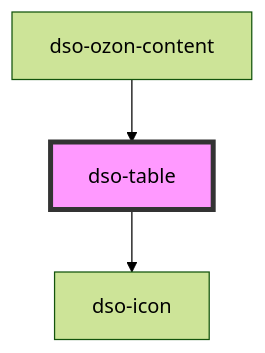
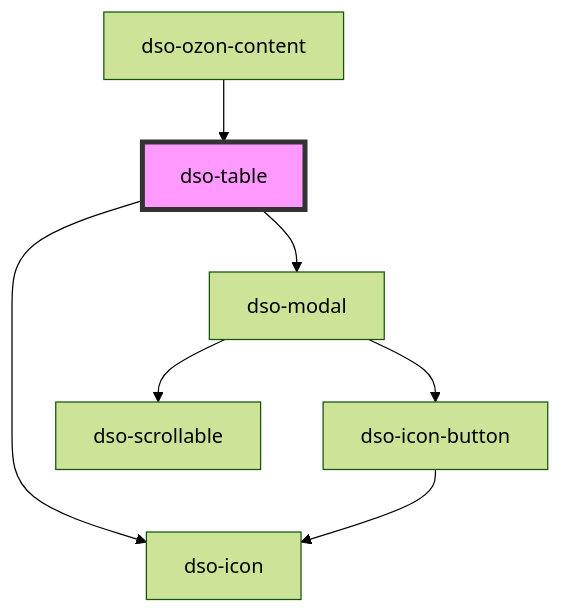
Before and after one commit to dso-toolkit/dso-toolkit: the diagram in packages/core/src/components/table/readme.md, drawn with Mermaid (forest theme). The commit also changed other lines of this file and 8 other files, not shown here.

````diff
--- a/packages/core/src/components/table/readme.md
+++ b/packages/core/src/components/table/readme.md
@@ -24,6 +25,10 @@
 ```mermaid
 graph TD;
+  dso-table --> dso-modal
   dso-table --> dso-icon
+  dso-modal --> dso-icon-button
+  dso-modal --> dso-scrollable
+  dso-icon-button --> dso-icon
   dso-ozon-content --> dso-table
   style dso-table fill:#f9f,stroke:#333,stroke-width:4px
 ```
````
